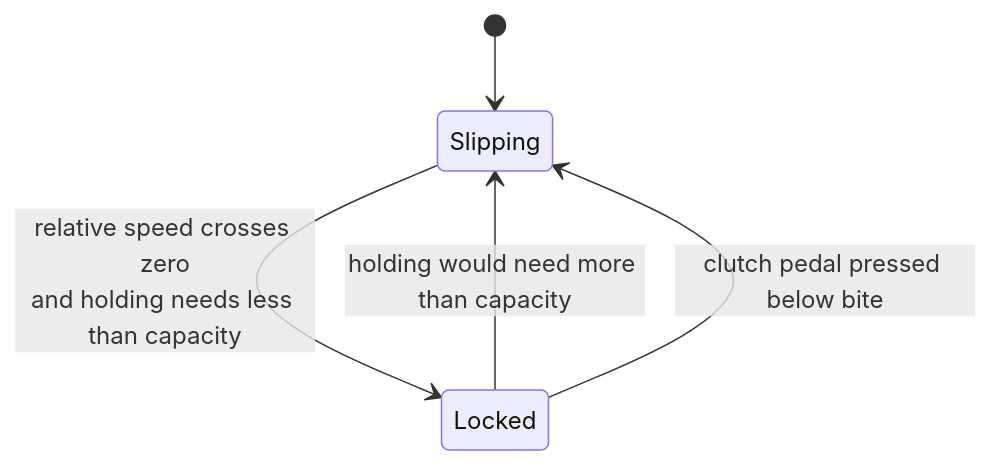
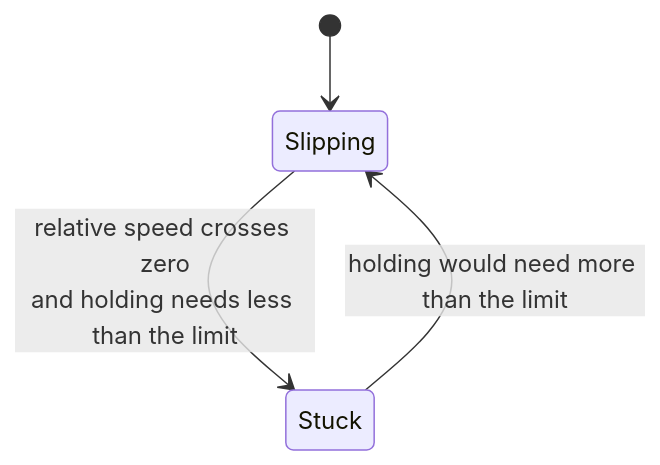
Before and after one commit to MoAbboud/PortFolio: the third of 5 diagrams in pedalsim/requirements/03-architecture.md, drawn with Mermaid. The commit also changed other lines of this file and 6 other files, not shown here.

````diff
--- a/pedalsim/requirements/03-architecture.md
+++ b/pedalsim/requirements/03-architecture.md
@@ -107,7 +168,6 @@
 ```mermaid
 stateDiagram-v2
     [*] --> Slipping
-    Slipping --> Locked: relative speed crosses zero<br/>and holding needs less than capacity
-    Locked --> Slipping: holding would need more than capacity
-    Locked --> Slipping: clutch pedal pressed below bite
+    Slipping --> Stuck: relative speed crosses zero<br/>and holding needs less than the limit
+    Stuck --> Slipping: holding would need more than the limit
 ```
````
